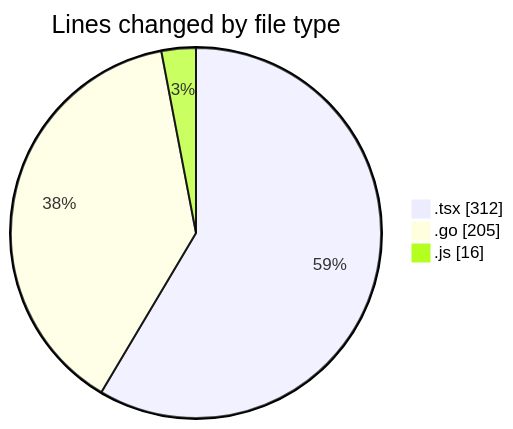
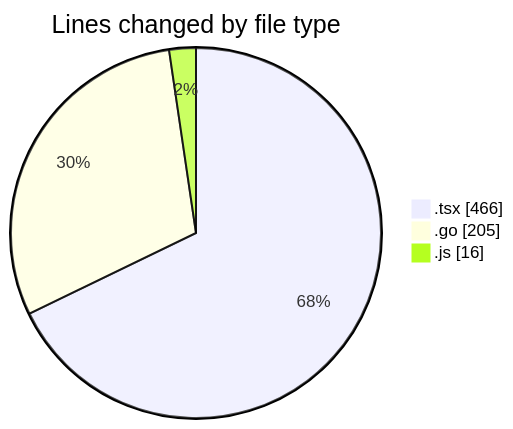
The first of 2 diagrams in 2025-03-04/termonied_testador/README.md (robertbonfada/code-tracking), drawn with Mermaid before and after one commit. The commit also changed other lines of this file and 1 other file, not shown here.

````diff
--- a/2025-03-04/termonied_testador/README.md
+++ b/2025-03-04/termonied_testador/README.md
@@ -24,7 +25,7 @@
 ```mermaid
 pie showData
 title Lines changed by file type
-".tsx" : 312
+".tsx" : 466
 ".go" : 205
 ".js" : 16
 ```
````
